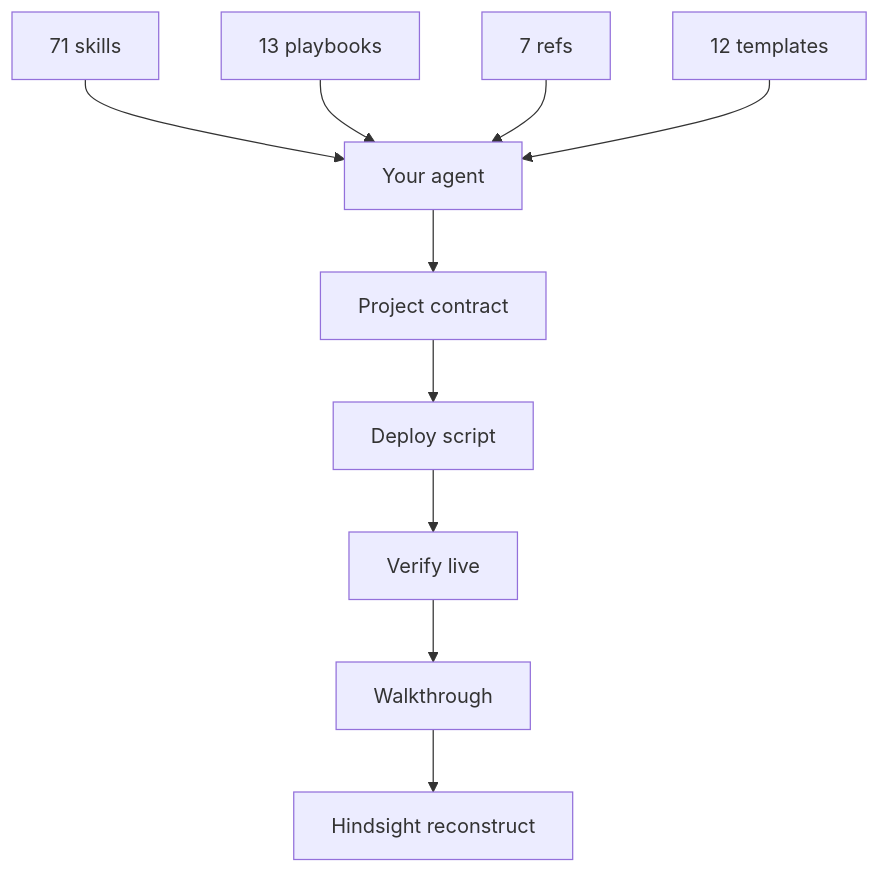
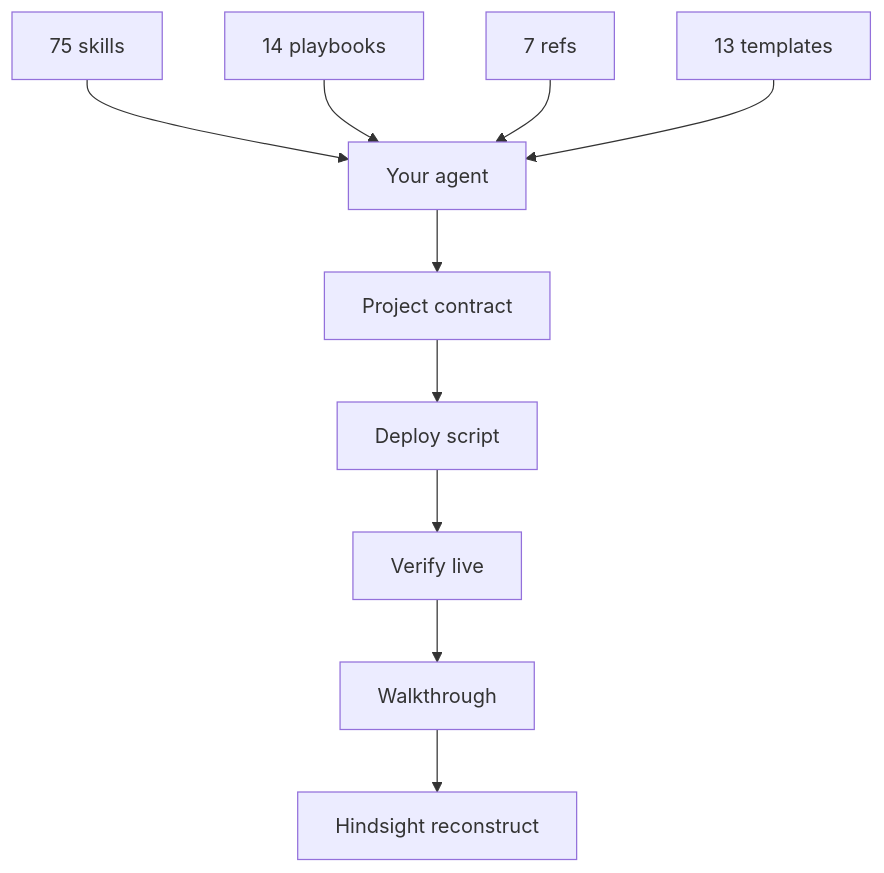
Before and after one commit to Nonarkara/dr-non-vibecoding-skills: the third of 3 diagrams in README.md, drawn with Mermaid. The commit also changed other lines of this file and 27 other files, not shown here.

First line of the commit message:
feat(relay): agent relay protocol, three spine skills, and corrections to leg 01

````diff
--- a/README.md
+++ b/README.md
@@ -309,12 +318,12 @@
 ```mermaid
 flowchart TB
-  S["71 skills"] --> A["Your agent"]
-  P["13 playbooks"] --> A
+  S["75 skills"] --> A["Your agent"]
+  P["14 playbooks"] --> A
   R["7 refs"] --> A
-  T["12 templates"] --> A
+  T["13 templates"] --> A
   A --> W["Project contract"]
   W --> D["Deploy script"]
   D --> V["Verify live"]
   V --> H["Walkthrough"]
   H --> L["Hindsight reconstruct"]
 ```
````
